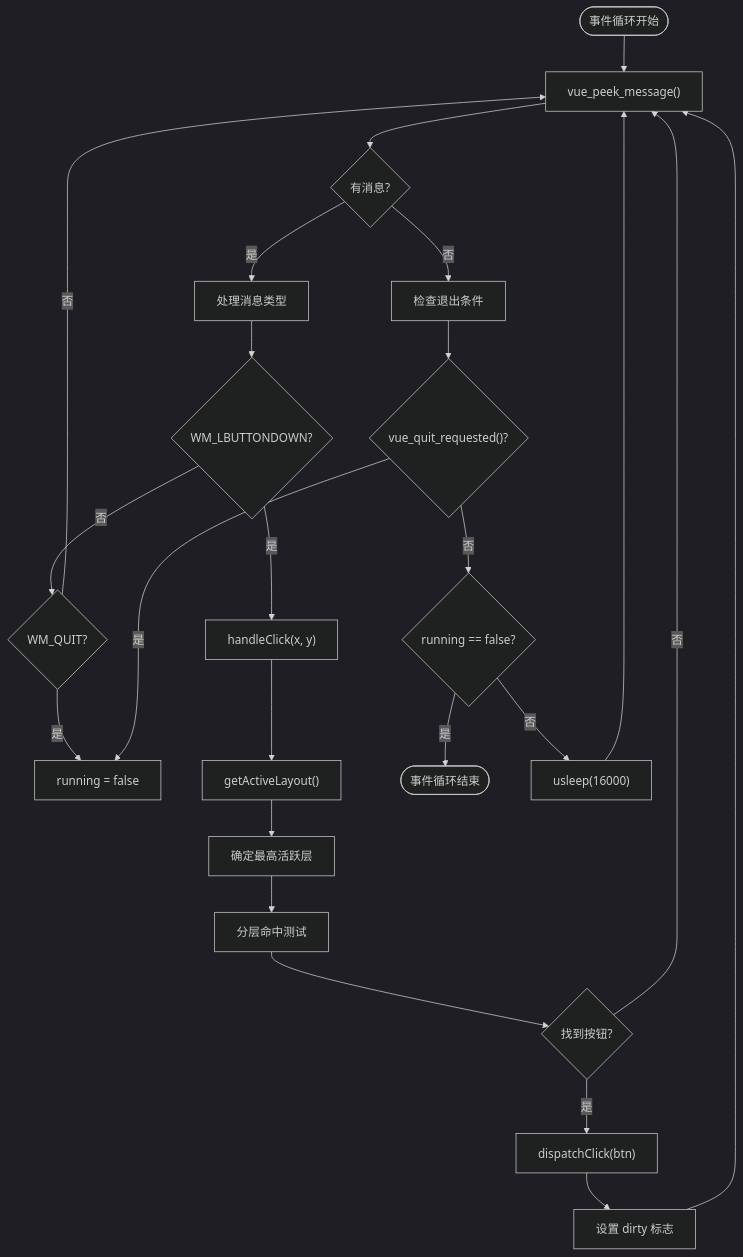
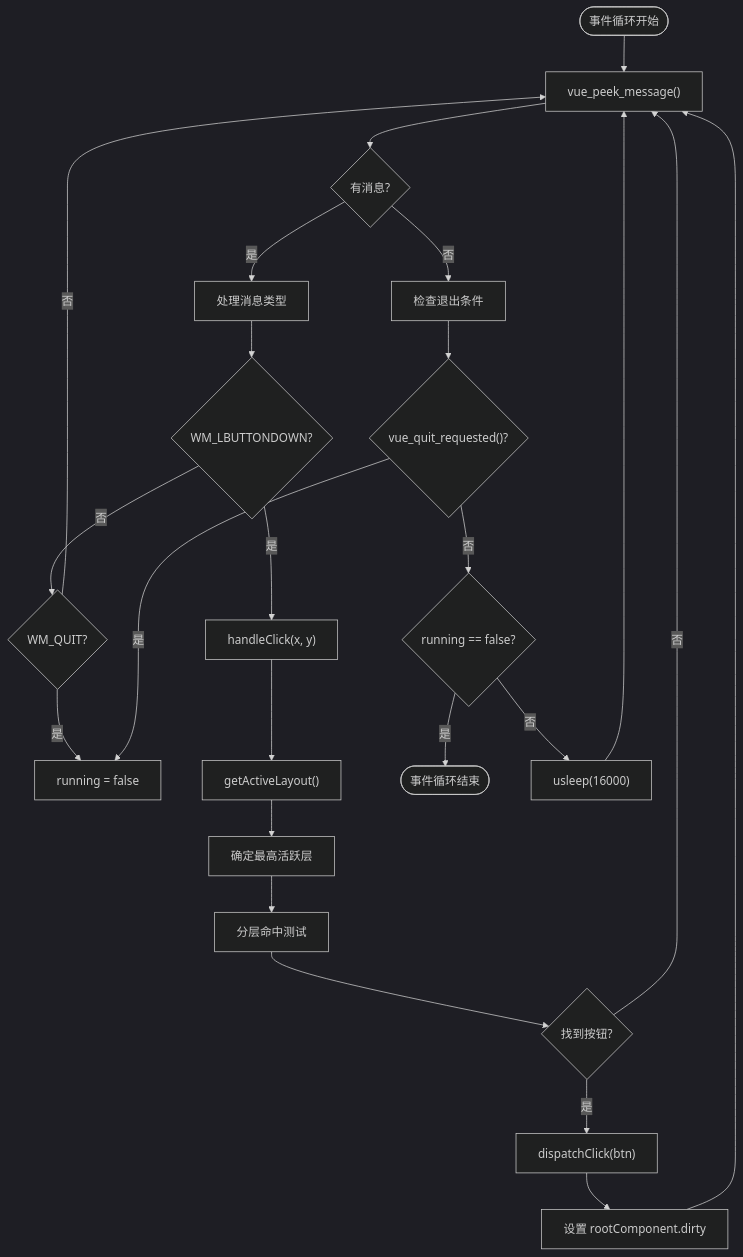
One commit to xingye00186/PUI changed the seventh of 10 diagrams in .qoder/repowiki/zh/content/核心架构设计/应用控制设计.md. Above: the diagram before and after it, drawn with Mermaid (dark theme). The commit also changed other lines of this file and 10 other files, not shown here.

````diff
--- a/.qoder/repowiki/zh/content/核心架构设计/应用控制设计.md
+++ b/.qoder/repowiki/zh/content/核心架构设计/应用控制设计.md
@@ -309,26 +382,26 @@
 ```mermaid
 flowchart TD
 Start([事件循环开始]) --> PeekMessage["vue_peek_message()"]
 PeekMessage --> HasMsg{"有消息?"}
 HasMsg --> |否| CheckQuit["检查退出条件"]
 HasMsg --> |是| ProcessMsg["处理消息类型"]
 ProcessMsg --> IsMouseDown{"WM_LBUTTONDOWN?"}
 IsMouseDown --> |是| HandleClick["handleClick(x, y)"]
 IsMouseDown --> |否| IsQuit{"WM_QUIT?"}
 IsQuit --> |是| SetRunningFalse["running = false"]
 IsQuit --> |否| PeekMessage
 HandleClick --> GetLayout["getActiveLayout()"]
 GetLayout --> FindMaxLayer["确定最高活跃层"]
 FindMaxLayer --> HitTest["分层命中测试"]
 HitTest --> ButtonFound{"找到按钮?"}
 ButtonFound --> |是| DispatchClick["dispatchClick(btn)"]
 ButtonFound --> |否| PeekMessage
-DispatchClick --> SetDirty["设置 dirty 标志"]
+DispatchClick --> SetDirty["设置 rootComponent.dirty"]
 SetDirty --> PeekMessage
 CheckQuit --> QuitRequested{"vue_quit_requested()?"}
 QuitRequested --> |是| SetRunningFalse
 QuitRequested --> |否| RunningCheck{"running == false?"}
 RunningCheck --> |是| End([事件循环结束])
 RunningCheck --> |否| Sleep["usleep(16000)"]
 Sleep --> PeekMessage
 ```
````
